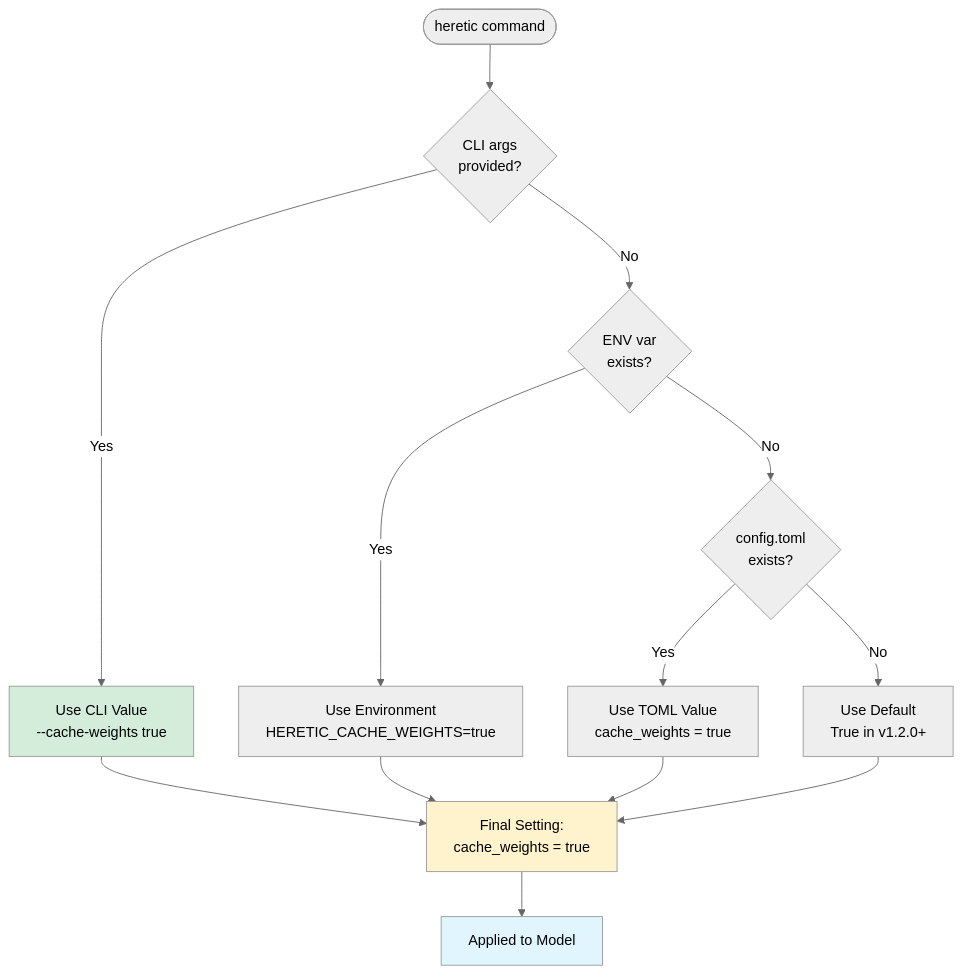
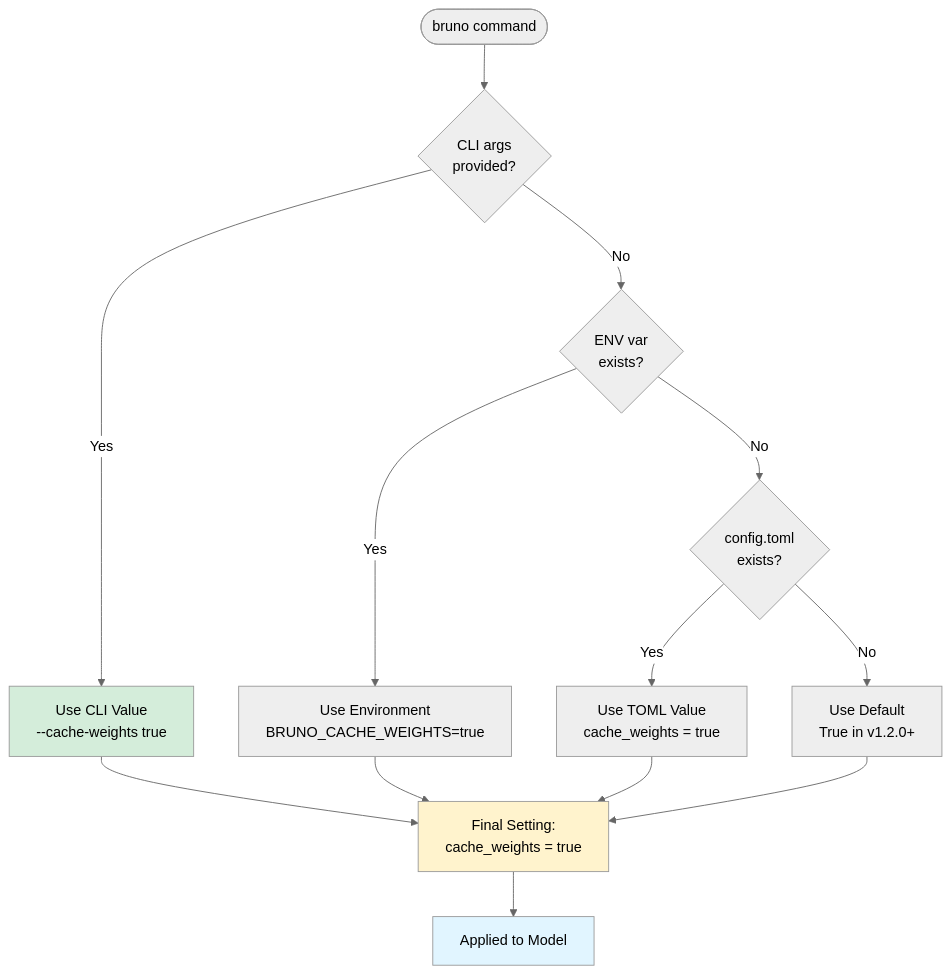
Diagram 18 of 21 in claudedocs/HERETIC_WORKFLOW_MERMAID.md (quanticsoul4772/abliteration-workflow), drawn with Mermaid (neutral theme) before and after one commit. The commit also changed other lines of this file and 27 other files, not shown here.

````diff
--- a/claudedocs/HERETIC_WORKFLOW_MERMAID.md
+++ b/claudedocs/HERETIC_WORKFLOW_MERMAID.md
@@ -770,24 +770,24 @@
 ```mermaid
 graph TD
-    Start([heretic command]) --> CLI{CLI args<br/>provided?}
+    Start([bruno command]) --> CLI{CLI args<br/>provided?}
 
     CLI -->|Yes| UseCLI[Use CLI Value<br/>--cache-weights true]
     CLI -->|No| CheckEnv{ENV var<br/>exists?}
 
-    CheckEnv -->|Yes| UseEnv[Use Environment<br/>HERETIC_CACHE_WEIGHTS=true]
+    CheckEnv -->|Yes| UseEnv[Use Environment<br/>BRUNO_CACHE_WEIGHTS=true]
     CheckEnv -->|No| CheckTOML{config.toml<br/>exists?}
 
     CheckTOML -->|Yes| UseTOML[Use TOML Value<br/>cache_weights = true]
     CheckTOML -->|No| UseDefault[Use Default<br/>True in v1.2.0+]
 
     UseCLI --> Final[Final Setting:<br/>cache_weights = true]
     UseEnv --> Final
     UseTOML --> Final
     UseDefault --> Final
 
     Final --> Apply[Applied to Model]
 
     style UseCLI fill:#d4edda
     style Final fill:#fff3cd
     style Apply fill:#e1f5ff
 ```
````
